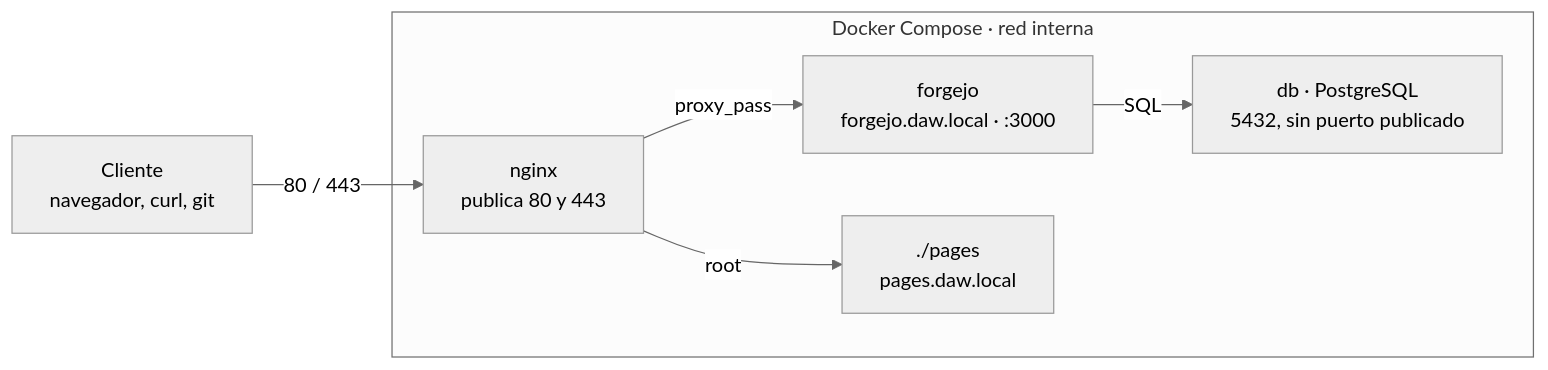
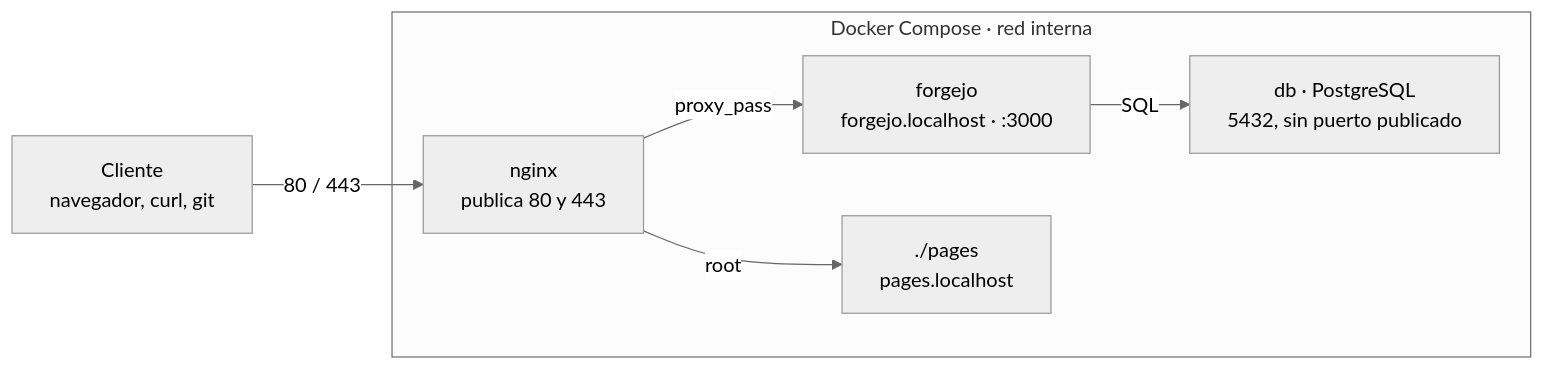
Before and after one commit to pedrosegarra/DAW: the diagram in docs/Ud3 Servidores web/P07.md, drawn with Mermaid (neutral theme). The commit also changed other lines of this file, not shown here.

Commit message:
P07: nombres .localhost, sin tocar /etc/hosts

````diff
--- a/docs/Ud3 Servidores web/P07.md
+++ b/docs/Ud3 Servidores web/P07.md
@@ -7,9 +7,9 @@
 ```mermaid
 flowchart LR
     C["Cliente<br/>navegador, curl, git"] -- "80 / 443" --> N["nginx<br/>publica 80 y 443"]
     subgraph compose["Docker Compose · red interna"]
-        N -- proxy_pass --> F["forgejo<br/>forgejo.daw.local · :3000"]
-        N -- root --> P["./pages<br/>pages.daw.local"]
+        N -- proxy_pass --> F["forgejo<br/>forgejo.localhost · :3000"]
+        N -- root --> P["./pages<br/>pages.localhost"]
         F -- SQL --> D["db · PostgreSQL<br/>5432, sin puerto publicado"]
     end
 ```
````
